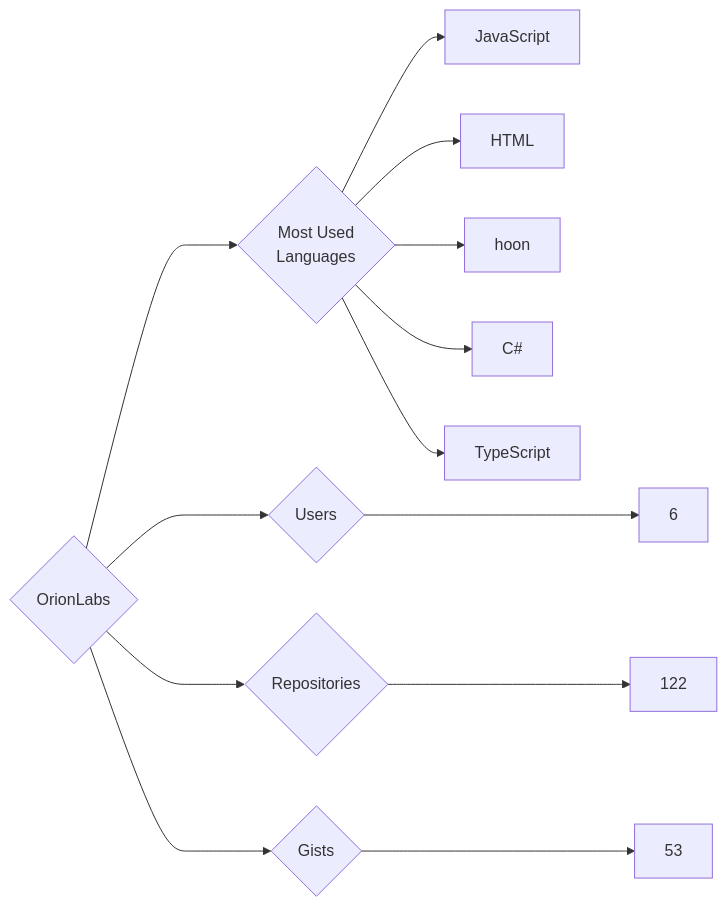
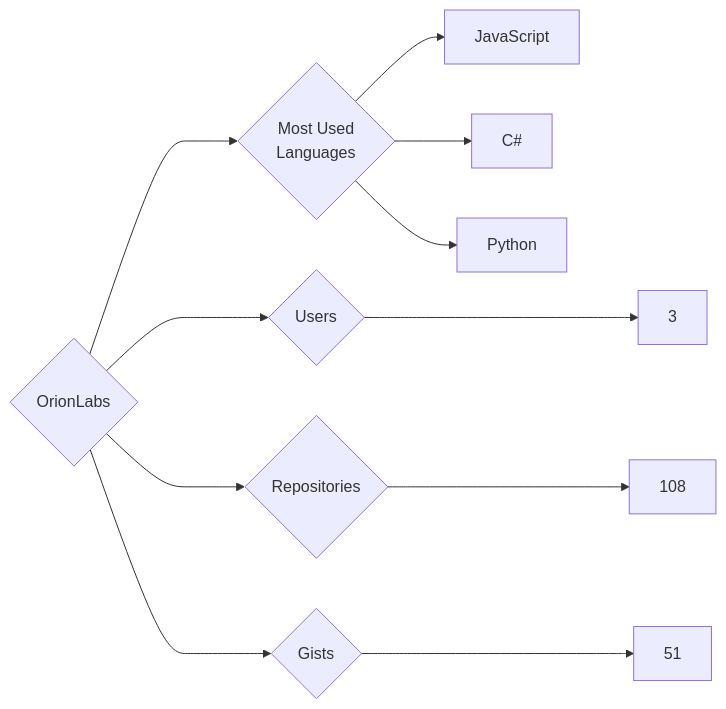
Before and after one commit to trickest/insiders: the diagram in targets/OrionLabs/README.md, drawn with Mermaid. The commit also changed 1484 other files, not shown here.

````diff
--- a/targets/OrionLabs/README.md
+++ b/targets/OrionLabs/README.md
@@ -3,13 +3,11 @@
 ```mermaid
 graph LR
 COMPANY_NAME{OrionLabs}
-COMPANY_NAME ---> U{Users} ---> UN[6]
-COMPANY_NAME ---> R{Repositories} ---> RN[122]
-COMPANY_NAME ---> G{Gists} ---> GN[53]
+COMPANY_NAME ---> U{Users} ---> UN[3]
+COMPANY_NAME ---> R{Repositories} ---> RN[108]
+COMPANY_NAME ---> G{Gists} ---> GN[51]
 COMPANY_NAME ---> ML{Most Used<br>Languages}
 ML --> JavaScript[JavaScript]
-ML --> HTML[HTML]
-ML --> hoon[hoon]
 ML --> C#[C#]
-ML --> TypeScript[TypeScript]
+ML --> Python[Python]
 ```
````
